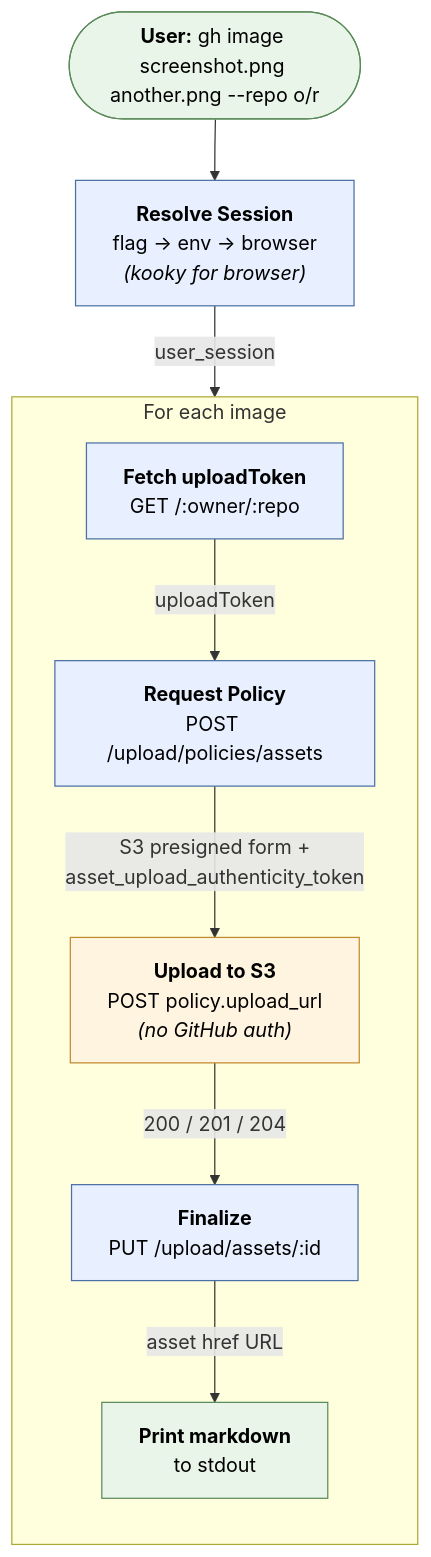
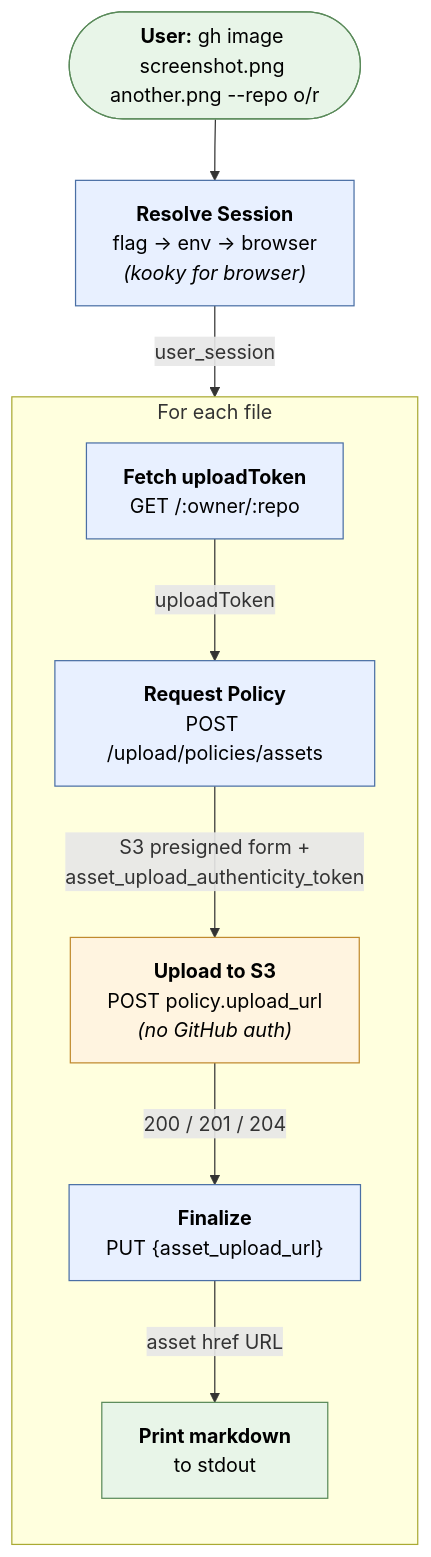
The diagram in documentation/architecture.md (drogers0/gh-image), drawn with Mermaid before and after one commit. The commit also changed other lines of this file and 8 other files, not shown here.

````diff
--- a/documentation/architecture.md
+++ b/documentation/architecture.md
@@ -217,30 +219,30 @@
 ```mermaid
 flowchart TD
     Start(["<b>User:</b> gh image screenshot.png another.png --repo o/r"])
     Session["<b>Resolve Session</b><br/>flag → env → browser<br/><i>(kooky for browser)</i>"]
 
     Start --> Session
 
-    subgraph PerImage ["For each image"]
+    subgraph PerImage ["For each file"]
         direction TB
         Token["<b>Fetch uploadToken</b><br/>GET /:owner/:repo"]
         Policy["<b>Request Policy</b><br/>POST /upload/policies/assets"]
         S3["<b>Upload to S3</b><br/>POST policy.upload_url<br/><i>(no GitHub auth)</i>"]
-        Finalize["<b>Finalize</b><br/>PUT /upload/assets/:id"]
+        Finalize["<b>Finalize</b><br/>PUT {asset_upload_url}"]
         Print["<b>Print markdown</b><br/>to stdout"]
 
         Token -- "uploadToken" --> Policy
         Policy -- "S3 presigned form +<br/>asset_upload_authenticity_token" --> S3
         S3 -- "200 / 201 / 204" --> Finalize
         Finalize -- "asset href URL" --> Print
     end
 
     Session -- "user_session" --> Token
 
     classDef ghAuth fill:#e8f0ff,stroke:#4a6fa5,color:#000
     classDef s3 fill:#fff4e0,stroke:#c08a2e,color:#000
     classDef terminal fill:#e8f5e8,stroke:#5a8a5a,color:#000
     class Session,Token,Policy,Finalize ghAuth
     class S3 s3
     class Start,Print terminal
 ```
````
